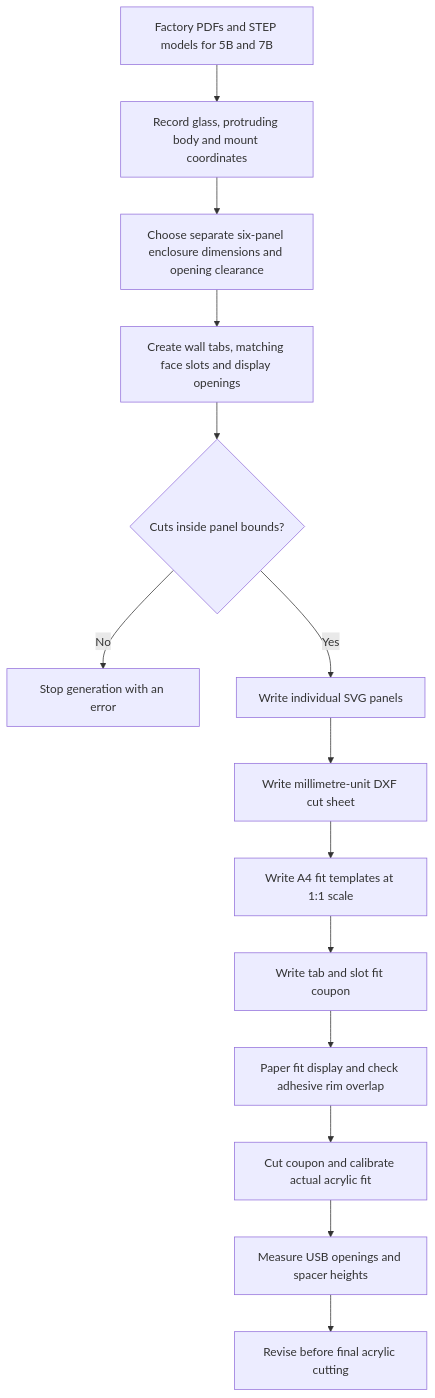
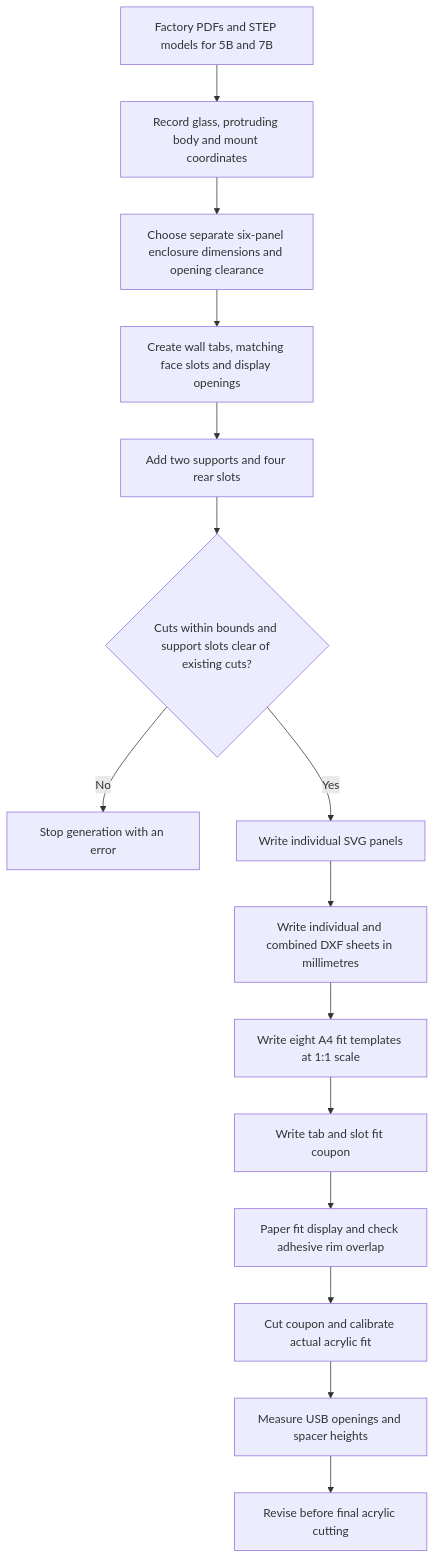
One commit to shaposhnikoff/esp32-s3-5-7-box-cases changed the diagram in docs/diagrams/acrylic-case-generation-flow.md. Above: the diagram before and after it, drawn with Mermaid. The commit also changed 14 other files, not shown here.

````diff
--- a/docs/diagrams/acrylic-case-generation-flow.md
+++ b/docs/diagrams/acrylic-case-generation-flow.md
@@ -3,16 +3,17 @@
 ```mermaid
 flowchart TD
     A[Factory PDFs and STEP models for 5B and 7B] --> B[Record glass, protruding body and mount coordinates]
     B --> C[Choose separate six-panel enclosure dimensions and opening clearance]
     C --> D[Create wall tabs, matching face slots and display openings]
-    D --> E{Cuts inside panel bounds?}
+    D --> P[Add two supports and four rear slots]
+    P --> E{Cuts within bounds and support slots clear of existing cuts?}
     E -- No --> F[Stop generation with an error]
     E -- Yes --> G[Write individual SVG panels]
-    G --> H[Write millimetre-unit DXF cut sheet]
-    H --> I[Write A4 fit templates at 1:1 scale]
+    G --> H[Write individual and combined DXF sheets in millimetres]
+    H --> I[Write eight A4 fit templates at 1:1 scale]
     I --> J[Write tab and slot fit coupon]
     J --> K[Paper fit display and check adhesive rim overlap]
     K --> L[Cut coupon and calibrate actual acrylic fit]
     L --> M[Measure USB openings and spacer heights]
     M --> N[Revise before final acrylic cutting]
 ```
````
